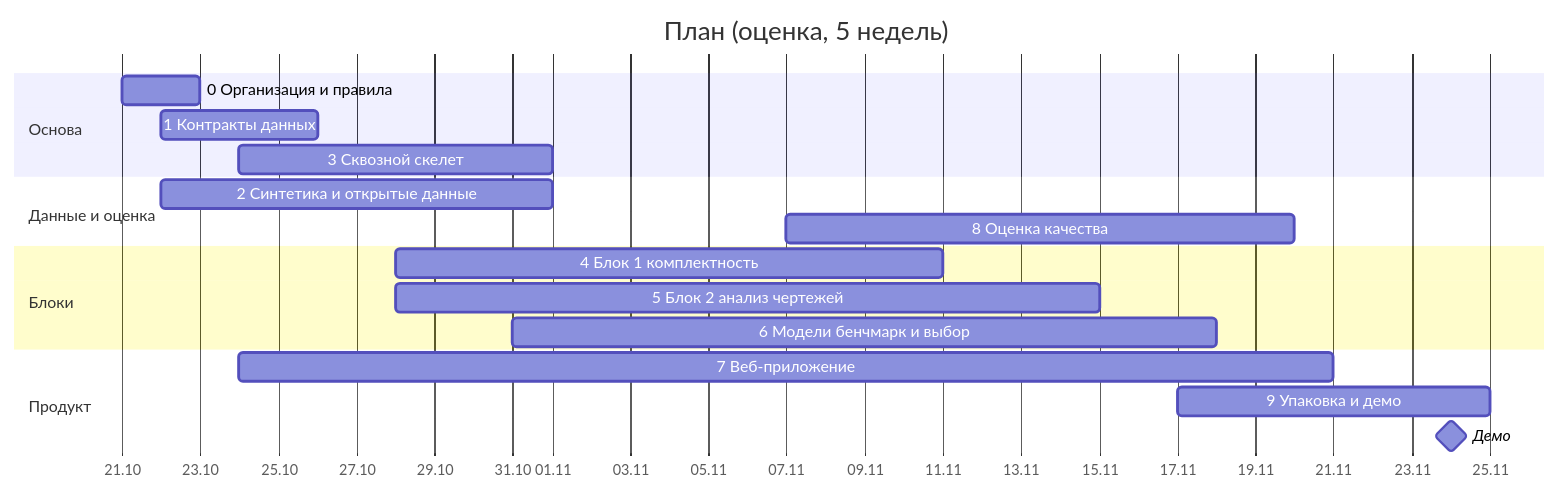
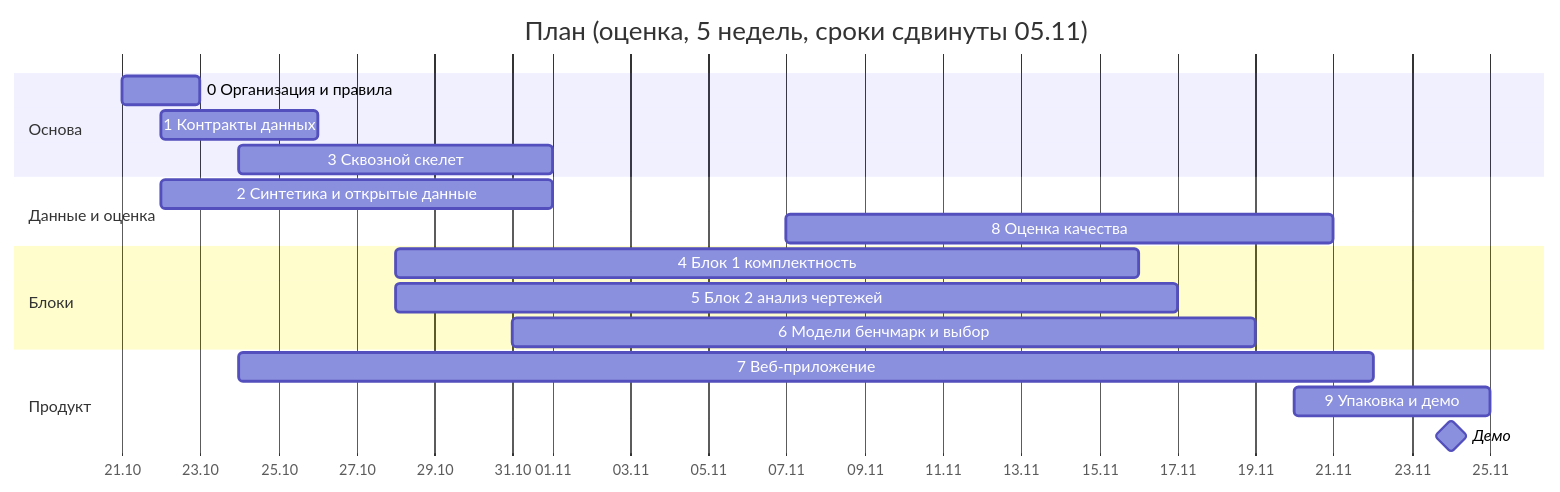
One commit to EkaterinaGrisha/ARM changed the diagram in docs/PLAN.md. Above: the diagram before and after it, drawn with Mermaid. The commit also changed other lines of this file, not shown here.

````diff
--- a/docs/PLAN.md
+++ b/docs/PLAN.md
@@ -48,21 +48,21 @@
 ```mermaid
 gantt
-    title План (оценка, 5 недель)
+    title План (оценка, 5 недель, сроки сдвинуты 05.11)
     dateFormat YYYY-MM-DD
     axisFormat %d.%m
     section Основа
     0 Организация и правила        :s0, 2026-10-21, 2d
     1 Контракты данных             :s1, 2026-10-22, 4d
     3 Сквозной скелет              :s3, 2026-10-24, 8d
     section Данные и оценка
     2 Синтетика и открытые данные  :s2, 2026-10-22, 10d
-    8 Оценка качества              :s8, 2026-11-07, 13d
+    8 Оценка качества              :s8, 2026-11-07, 14d
     section Блоки
-    4 Блок 1 комплектность         :s4, 2026-10-28, 14d
-    5 Блок 2 анализ чертежей       :s5, 2026-10-28, 18d
-    6 Модели бенчмарк и выбор      :s6, 2026-10-31, 18d
+    4 Блок 1 комплектность         :s4, 2026-10-28, 19d
+    5 Блок 2 анализ чертежей       :s5, 2026-10-28, 20d
+    6 Модели бенчмарк и выбор      :s6, 2026-10-31, 19d
     section Продукт
-    7 Веб-приложение               :s7, 2026-10-24, 28d
-    9 Упаковка и демо              :s9, 2026-11-17, 8d
+    7 Веб-приложение               :s7, 2026-10-24, 29d
+    9 Упаковка и демо              :s9, 2026-11-20, 5d
     Демо                           :milestone, m1, 2026-11-24, 0d
 ```
````
